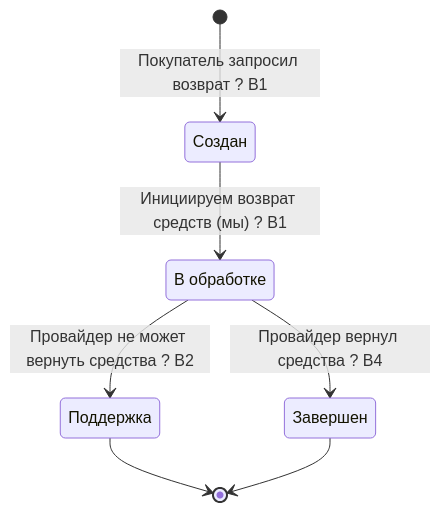
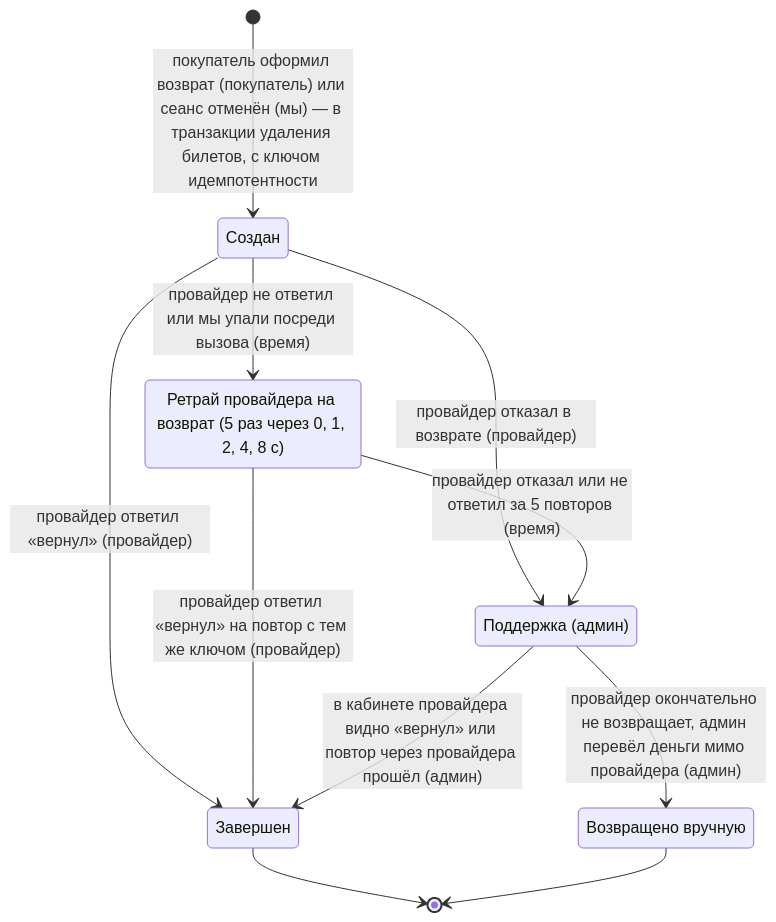
The diagram in docs/states/refund.md (Drusiand/ticket-service), drawn with Mermaid before and after one commit. The commit also changed other lines of this file and 1 other file, not shown here.

First line of the commit message:
Finish refund state diagram

````diff
--- a/docs/states/refund.md
+++ b/docs/states/refund.md
@@ -3,16 +5,21 @@
 ```mermaid
 stateDiagram-v2
+    state "Создан" as Created
+    state "Ретрай провайдера на возврат (5 раз через 0, 1, 2, 4, 8 с)" as Retry
+    state "Поддержка (админ)" as Support
+    state "Завершен" as Complete
+    state "Возвращено вручную" as Manual
 
-state "Создан" as Created
-state "В обработке" as Processing
-state "Поддержка" as Support
-state "Завершен" as Complete
+    [*] --> Created: покупатель оформил возврат (покупатель) или сеанс отменён (мы) — в транзакции удаления билетов, с ключом идемпотентности
+    Created --> Complete: провайдер ответил «вернул» (провайдер)
+    Created --> Support: провайдер отказал в возврате (провайдер)
+    Created --> Retry: провайдер не ответил или мы упали посреди вызова (время)
+    Retry --> Complete: провайдер ответил «вернул» на повтор с тем же ключом (провайдер)
+    Retry --> Support: провайдер отказал или не ответил за 5 повторов (время)
 
-[*] --> Created: Покупатель запросил возврат ? В1
-Created --> Processing: Инициируем возврат средств (мы) ? В1
-Processing --> Support: Провайдер не может вернуть средства ? В2
-Support --> [*]
+    Support --> Complete: в кабинете провайдера видно «вернул» или повтор через провайдера прошёл (админ)
+    Support --> Manual: провайдер окончательно не возвращает, админ перевёл деньги мимо провайдера (админ)
 
-Processing --> Complete: Провайдер вернул средства ? В4
-Complete --> [*]
+    Complete --> [*]
+    Manual --> [*]
 ```
````
